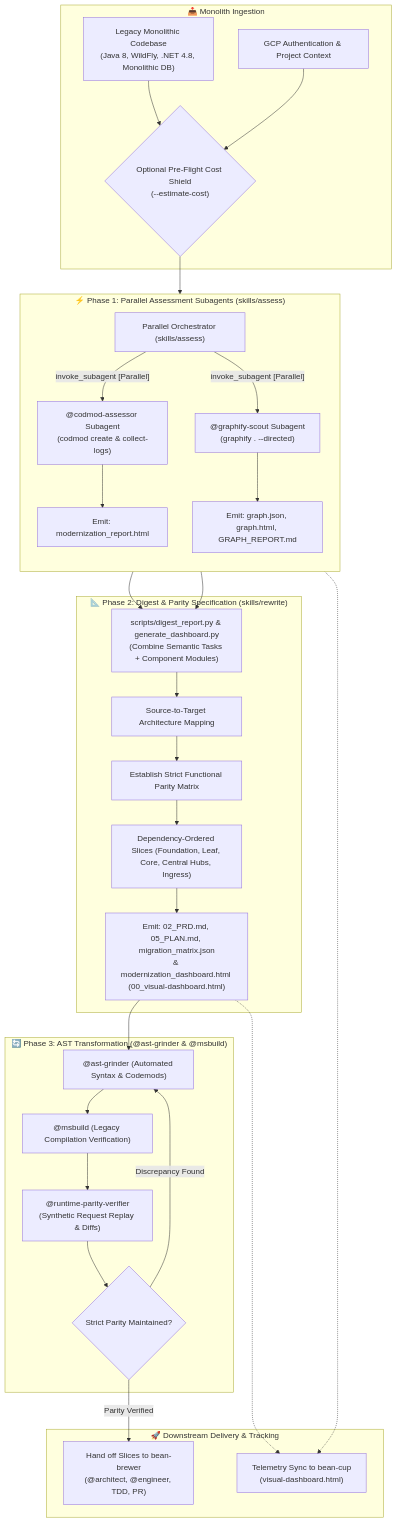
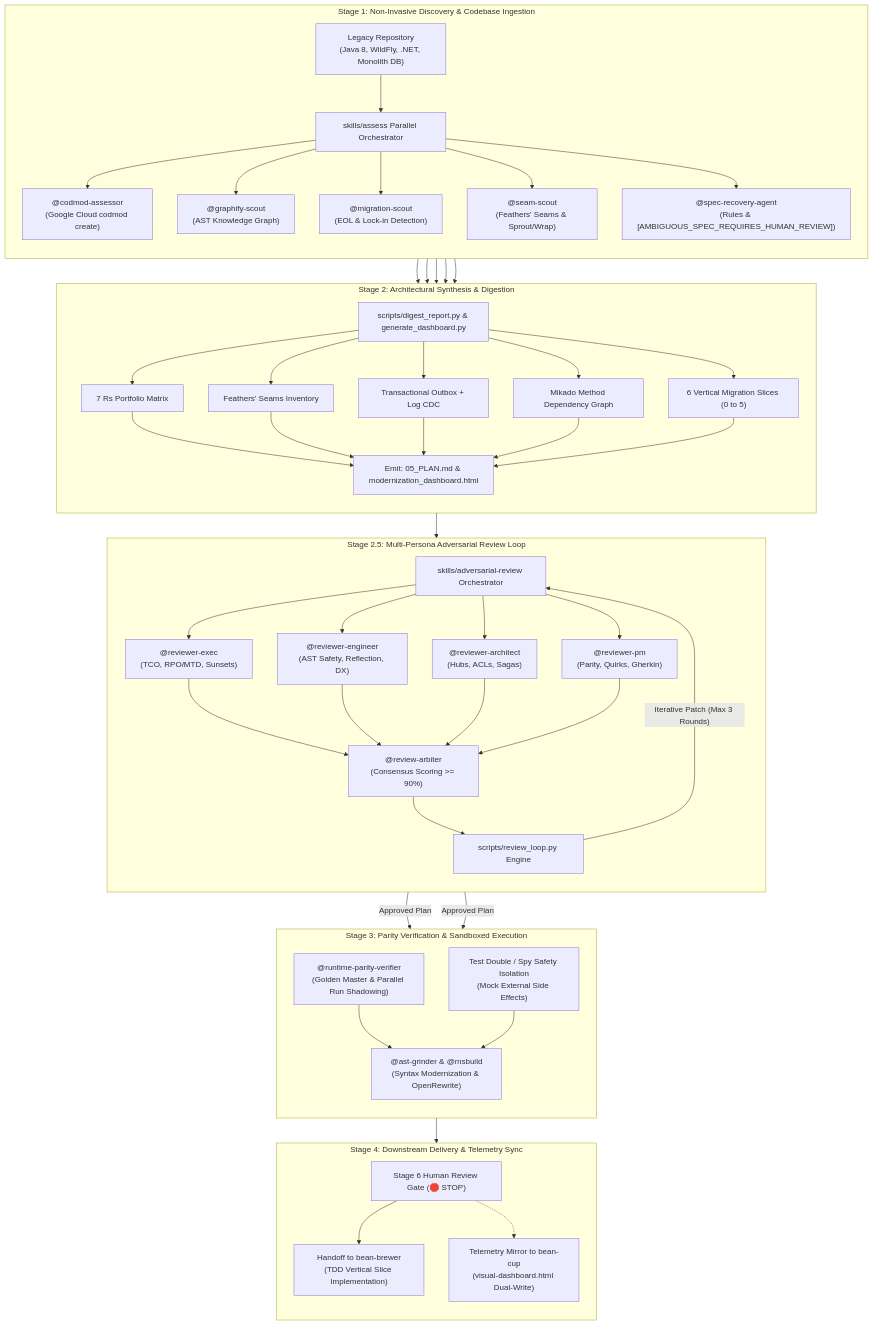
The diagram in README.md (sapientcoffee/bean-grinder), drawn with Mermaid before and after one commit. The commit also changed other lines of this file and 2 other files, not shown here.

Commit message:
docs(readme): 📝 enrich README with comprehensive modernization lifecycle and architecture guide

````diff
--- a/README.md
+++ b/README.md
@@ -66,52 +71,65 @@
 ```mermaid
 flowchart TD
-    subgraph Intake["📥 Monolith Ingestion"]
-        LegacyCode["Legacy Monolithic Codebase<br/>(Java 8, WildFly, .NET 4.8, Monolithic DB)"]
-        GCPAuth["GCP Authentication & Project Context"]
-        CostCheck{"Optional Pre-Flight Cost Shield<br/>(--estimate-cost)"}
+    subgraph S1["Stage 1: Non-Invasive Discovery & Codebase Ingestion"]
+        direction TB
+        LCode["Legacy Repository<br/>(Java 8, WildFly, .NET, Monolith DB)"]
+        AssessSkill["skills/assess Parallel Orchestrator"]
+        CMod["@codmod-assessor<br/>(Google Cloud codmod create)"]
+        GraphS["@graphify-scout<br/>(AST Knowledge Graph)"]
+        MigS["@migration-scout<br/>(EOL & Lock-in Detection)"]
+        SeamS["@seam-scout<br/>(Feathers' Seams & Sprout/Wrap)"]
+        SpecR["@spec-recovery-agent<br/>(Rules & [AMBIGUOUS_SPEC_REQUIRES_HUMAN_REVIEW])"]
+        
+        LCode --> AssessSkill
+        AssessSkill --> CMod & GraphS & MigS & SeamS & SpecR
     end
 
-    subgraph ParallelAssess["⚡ Phase 1: Parallel Assessment Subagents (skills/assess)"]
+    subgraph S2["Stage 2: Architectural Synthesis & Digestion"]
         direction TB
-        Orchestrator["Parallel Orchestrator (skills/assess)"]
-        AssessorSubagent["@codmod-assessor Subagent<br/>(codmod create & collect-logs)"]
-        GraphifySubagent["@graphify-scout Subagent<br/>(graphify . --directed)"]
-        ModernReport["Emit: modernization_report.html"]
-        GraphifyOut["Emit: graph.json, graph.html, GRAPH_REPORT.md"]
+        DigestCLI["scripts/digest_report.py & generate_dashboard.py"]
+        P7R["7 Rs Portfolio Matrix"]
+        SeamsInv["Feathers' Seams Inventory"]
+        OutboxCDC["Transactional Outbox + Log CDC"]
+        MikadoTree["Mikado Method Dependency Graph"]
+        Slices["6 Vertical Migration Slices (0 to 5)"]
+        ArtifactsPlan["Emit: 05_PLAN.md & modernization_dashboard.html"]
         
-        Orchestrator -->|"invoke_subagent [Parallel]"| AssessorSubagent
-        Orchestrator -->|"invoke_subagent [Parallel]"| GraphifySubagent
-        AssessorSubagent --> ModernReport
-        GraphifySubagent --> GraphifyOut
+        CMod & GraphS & MigS & SeamS & SpecR --> DigestCLI
+        DigestCLI --> P7R & SeamsInv & OutboxCDC & MikadoTree & Slices --> ArtifactsPlan
     end
 
-    subgraph RewritePhase["📐 Phase 2: Digest & Parity Specification (skills/rewrite)"]
-        DigestTool["scripts/digest_report.py & generate_dashboard.py<br/>(Combine Semantic Tasks + Component Modules)"]
-        RuntimeMapping["Source-to-Target Architecture Mapping"]
-        ParityMatrix["Establish Strict Functional Parity Matrix"]
-        VerticalSlicing["Dependency-Ordered Slices (Foundation, Leaf, Core, Central Hubs, Ingress)"]
-        EmitArtifacts["Emit: 02_PRD.md, 05_PLAN.md, migration_matrix.json<br/>& modernization_dashboard.html (00_visual-dashboard.html)"]
+    subgraph S25["Stage 2.5: Multi-Persona Adversarial Review Loop"]
+        direction TB
+        ReviewSkill["skills/adversarial-review Orchestrator"]
+        RevExec["@reviewer-exec<br/>(TCO, RPO/MTD, Sunsets)"]
+        RevEng["@reviewer-engineer<br/>(AST Safety, Reflection, DX)"]
+        RevArch["@reviewer-architect<br/>(Hubs, ACLs, Sagas)"]
+        RevPM["@reviewer-pm<br/>(Parity, Quirks, Gherkin)"]
+        Arbiter["@review-arbiter<br/>(Consensus Scoring >= 90%)"]
+        ReviewLoopCLI["scripts/review_loop.py Engine"]
+        
+        ArtifactsPlan --> ReviewSkill
+        ReviewSkill --> RevExec & RevEng & RevArch & RevPM
+        RevExec & RevEng & RevArch & RevPM --> Arbiter --> ReviewLoopCLI
+        ReviewLoopCLI -->|"Iterative Patch (Max 3 Rounds)"| ReviewSkill
     end
 
-    subgraph GrindingPass["🔄 Phase 3: AST Transformation (@ast-grinder & @msbuild)"]
-        ASTTransform["@ast-grinder (Automated Syntax & Codemods)"]
-        BuildCheck["@msbuild (Legacy Compilation Verification)"]
-        ParityCheck["@runtime-parity-verifier<br/>(Synthetic Request Replay & Diffs)"]
-        ParityVerdict{"Strict Parity Maintained?"}
+    subgraph S3["Stage 3: Parity Verification & Sandboxed Execution"]
+        direction TB
+        ParityVerifier["@runtime-parity-verifier<br/>(Golden Master & Parallel Run Shadowing)"]
+        SideEffectShield["Test Double / Spy Safety Isolation<br/>(Mock External Side Effects)"]
+        ASTGrinder["@ast-grinder & @msbuild<br/>(Syntax Modernization & OpenRewrite)"]
+        
+        ReviewLoopCLI -->|"Approved Plan"| ParityVerifier & SideEffectShield --> ASTGrinder
     end
 
-    subgraph Downstream["🚀 Downstream Delivery & Tracking"]
-        HandoffBrewer["Hand off Slices to bean-brewer<br/>(@architect, @engineer, TDD, PR)"]
-        TelemetryCup["Telemetry Sync to bean-cup<br/>(visual-dashboard.html)"]
+    subgraph S4["Stage 4: Downstream Delivery & Telemetry Sync"]
+        direction TB
+        HumanGate["Stage 6 Human Review Gate (🛑 STOP)"]
+        HandoffBrewer["Handoff to bean-brewer<br/>(TDD Vertical Slice Implementation)"]
+        CupMirror["Telemetry Mirror to bean-cup<br/>(visual-dashboard.html Dual-Write)"]
+        
+        ASTGrinder --> HumanGate --> HandoffBrewer
+        HumanGate -.-> CupMirror
     end
-
-    LegacyCode & GCPAuth --> CostCheck
-    CostCheck --> Orchestrator
-    ModernReport & GraphifyOut --> DigestTool
-    DigestTool --> RuntimeMapping --> ParityMatrix --> VerticalSlicing --> EmitArtifacts
-    EmitArtifacts --> ASTTransform
-    ASTTransform --> BuildCheck --> ParityCheck --> ParityVerdict
-    ParityVerdict -->|Discrepancy Found| ASTTransform
-    ParityVerdict -->|Parity Verified| HandoffBrewer
-    ModernReport & EmitArtifacts -.-> TelemetryCup
 ```
````
